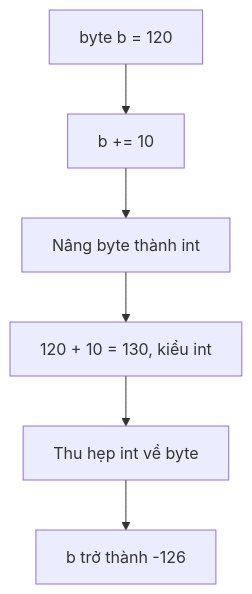
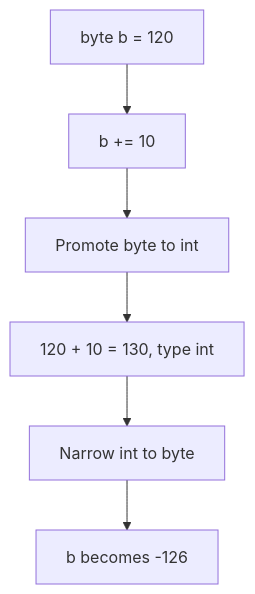
One commit to phuongnguyenit93/learning-platform-data changed the diagram in module/platform/development/programming/language/java/core/language-basics/content/knowledge/en/15.assignment-and-unary-operators/assignment-and-unary-operators-004.md. Above: the diagram before and after it, drawn with Mermaid. The commit also changed other lines of this file and 2307 other files, not shown here.

```diff
--- a/module/platform/development/programming/language/java/core/language-basics/content/knowledge/en/15.assignment-and-unary-operators/assignment-and-unary-operators-004.md
+++ b/module/platform/development/programming/language/java/core/language-basics/content/knowledge/en/15.assignment-and-unary-operators/assignment-and-unary-operators-004.md
@@ -48,8 +48,8 @@
 ~~~mermaid
 flowchart TD
     A["byte b = 120"] --> B["b += 10"]
-    B --> C["Nâng byte thành int"]
-    C --> D["120 + 10 = 130, kiểu int"]
-    D --> E["Thu hẹp int về byte"]
-    E --> F["b trở thành -126"]
+    B --> C["Promote byte to int"]
+    C --> D["120 + 10 = 130, type int"]
+    D --> E["Narrow int to byte"]
+    E --> F["b becomes -126"]
 ~~~
```
